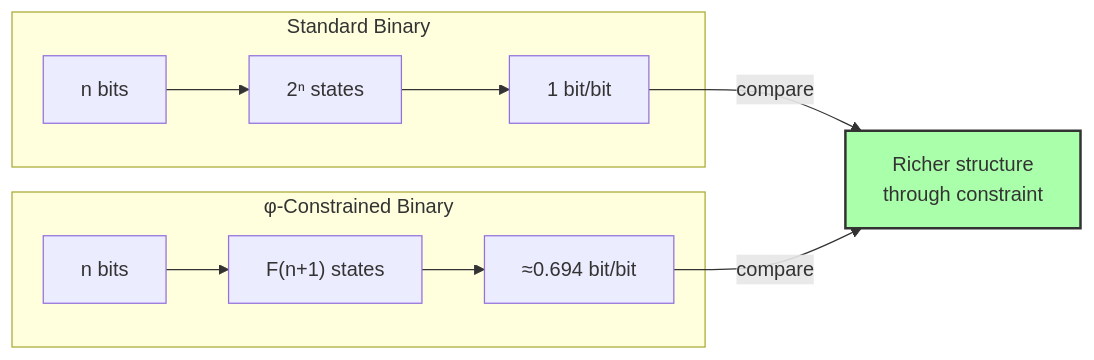
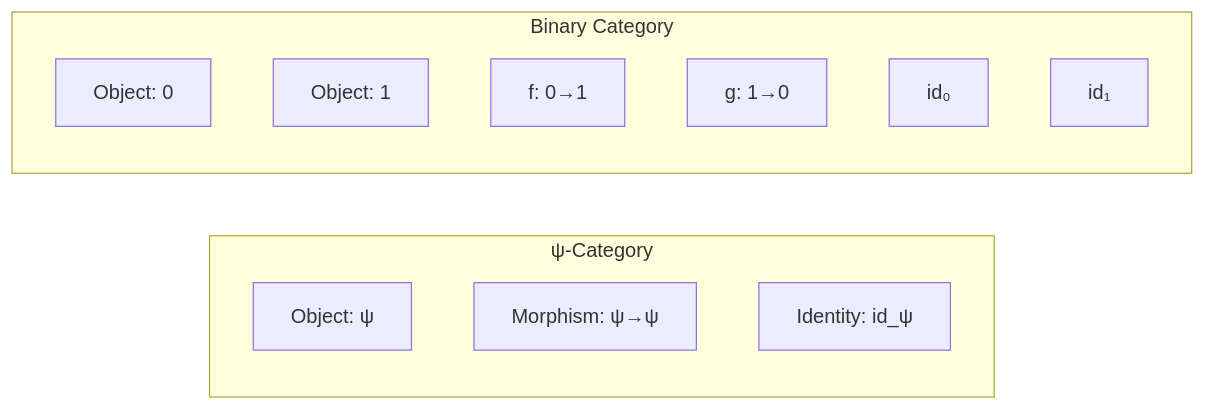
Before and after one commit to loning/the-binarymath: the ninth of 12 diagrams in docs/codex/volume-00-collapse-language/chapter-001-bit-existence.md, drawn with Mermaid. The commit also changed other lines of this file and 26 other files, not shown here.

````diff
--- a/docs/codex/volume-00-collapse-language/chapter-001-bit-existence.md
+++ b/docs/codex/volume-00-collapse-language/chapter-001-bit-existence.md
@@ -366,22 +411,17 @@
 ```mermaid
 graph LR
-    subgraph "Standard Binary"
-        S1["n bits"]
-        S2["2ⁿ states"]
-        S3["1 bit/bit"]
+    subgraph "ψ-Category"
+        PSI_OBJ["Object: ψ"]
+        PSI_MORPH["Morphism: ψ→ψ"]
+        ID["Identity: id_ψ"]
     end
     
-    subgraph "φ-Constrained Binary"
-        P1["n bits"]
-        P2["F(n+1) states"]
-        P3["≈0.694 bit/bit"]
+    subgraph "Binary Category"
+        ZERO_OBJ["Object: 0"]
+        ONE_OBJ["Object: 1"]
+        F["f: 0→1"]
+        G["g: 1→0"]
+        ID0["id₀"]
+        ID1["id₁"]
     end
-    
-    S1 --> S2 --> S3
-    P1 --> P2 --> P3
-    
-    S3 -->|"compare"| C["Richer structure<br/>through constraint"]
-    P3 -->|"compare"| C
-    
-    style C fill:#afa,stroke:#333,stroke-width:2px
 ```
````
